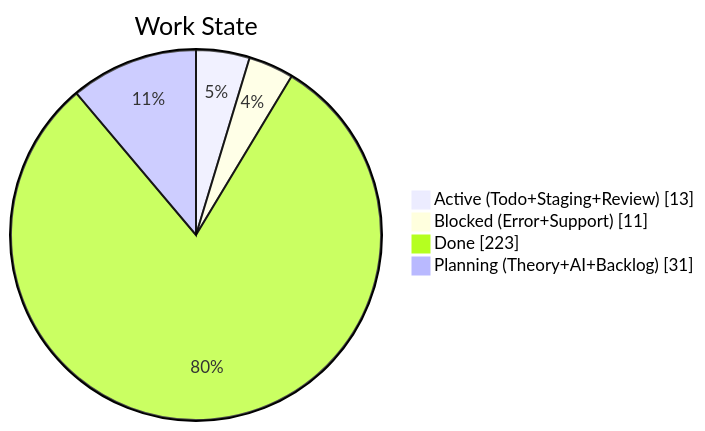
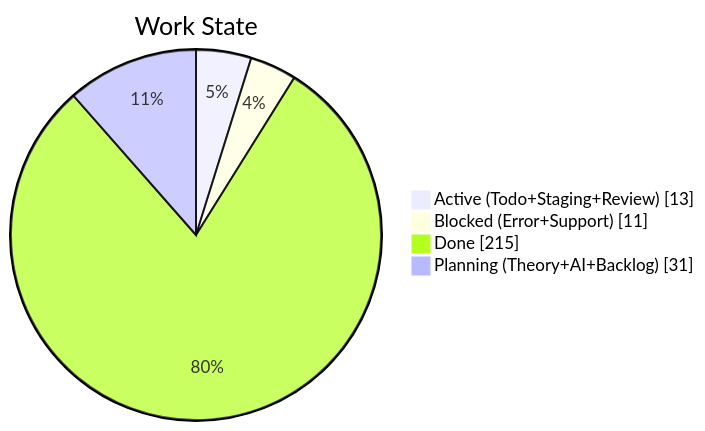
One commit to KBVE/kbve changed the second of 4 diagrams in apps/kbve/astro-kbve/src/content/docs/dashboard/kanban-data.mdx. Above: the diagram before and after it, drawn with Mermaid. The commit also changed other lines of this file and 7 other files, not shown here.

````diff
--- a/apps/kbve/astro-kbve/src/content/docs/dashboard/kanban-data.mdx
+++ b/apps/kbve/astro-kbve/src/content/docs/dashboard/kanban-data.mdx
@@ -68,8 +68,8 @@
 ```mermaid
 pie showData
     title Work State
     "Active (Todo+Staging+Review)" : 13
     "Blocked (Error+Support)" : 11
-    "Done" : 223
+    "Done" : 215
     "Planning (Theory+AI+Backlog)" : 31
 ```
````
